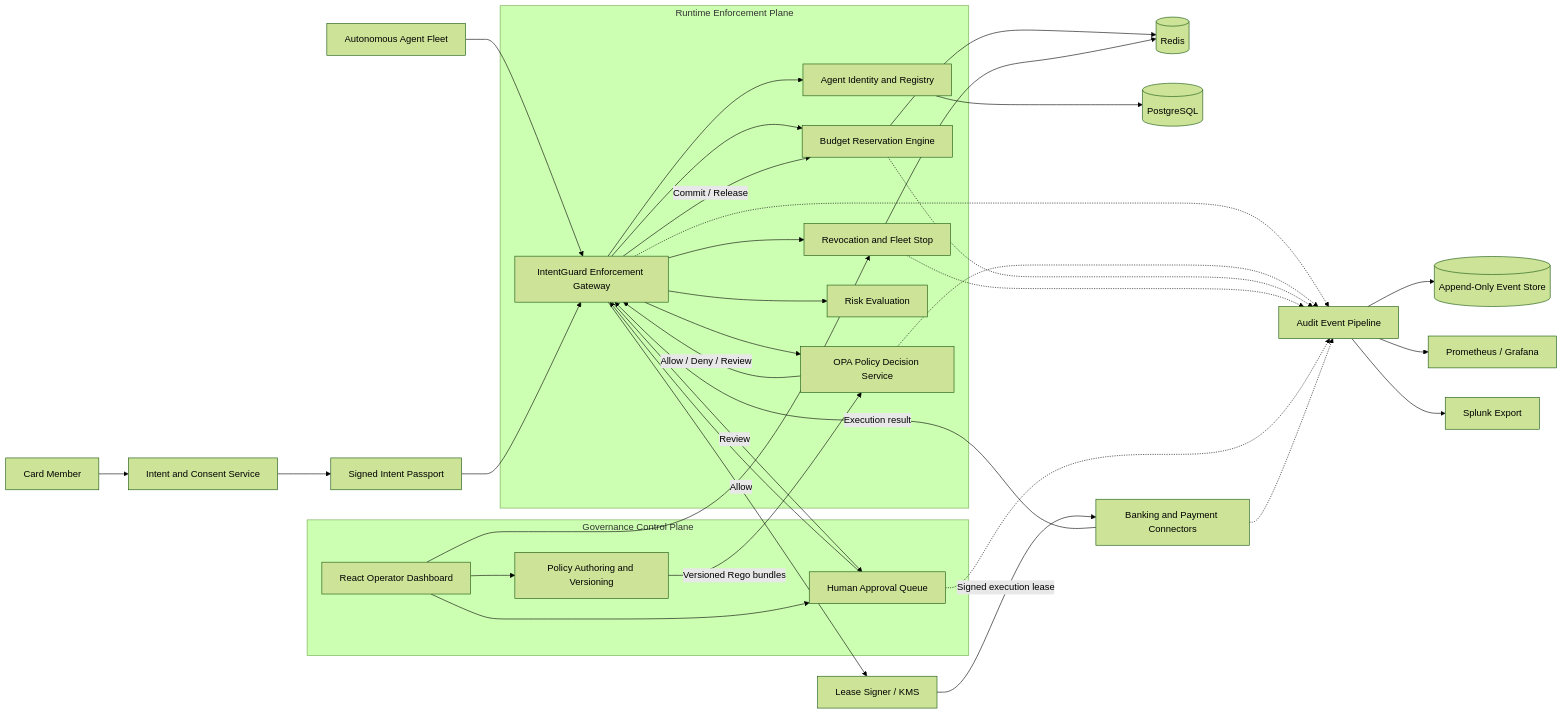
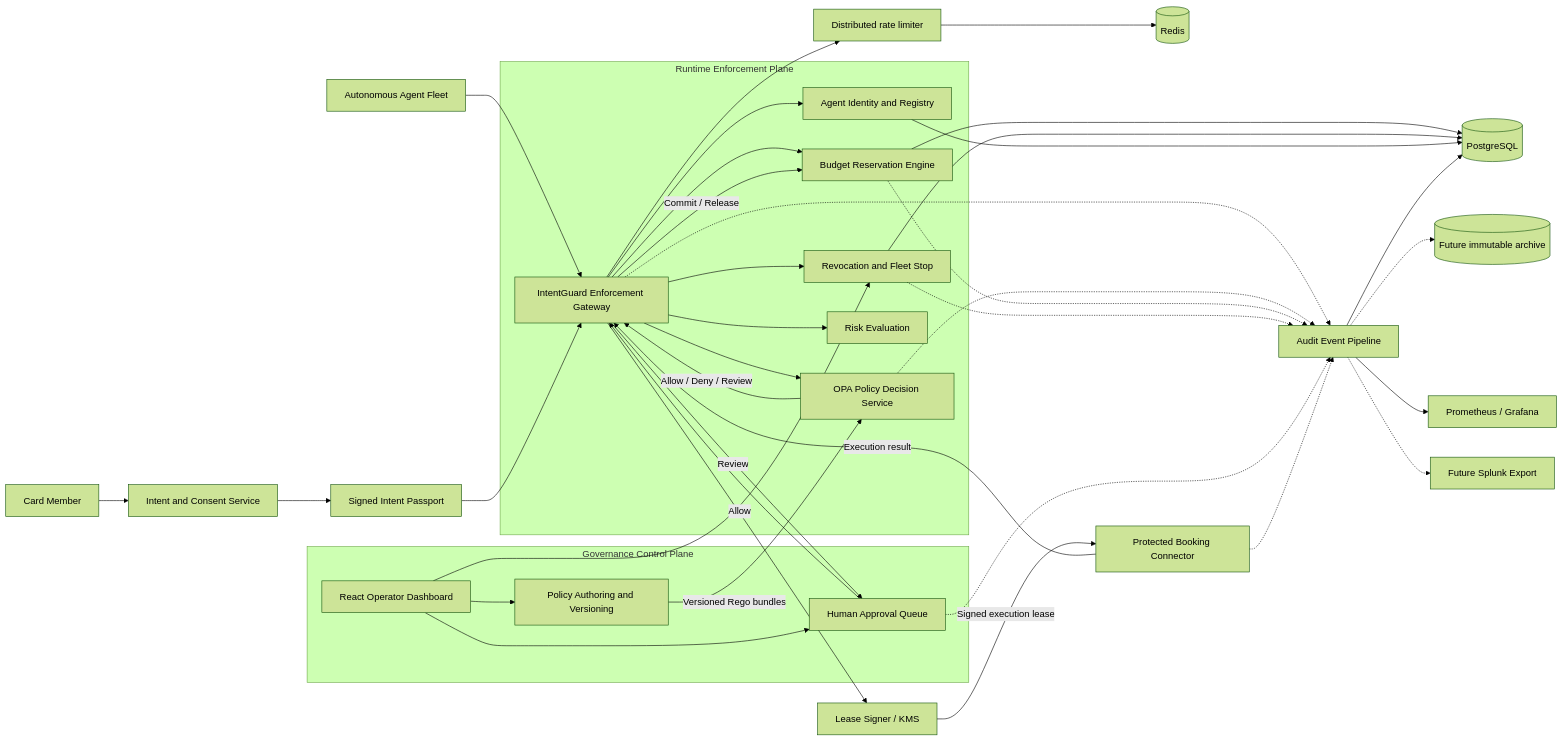
Before and after one commit to RatnamOjha/IntentGuard: the first of 2 diagrams in docs/architecture.md, drawn with Mermaid (forest theme). The commit also changed other lines of this file and 101 other files, not shown here.

````diff
--- a/docs/architecture.md
+++ b/docs/architecture.md
@@ -15,46 +18,49 @@
 ```mermaid
 flowchart LR
     CM["Card Member"] --> IS["Intent and Consent Service"]
     IS --> IP["Signed Intent Passport"]
 
     AA["Autonomous Agent Fleet"] --> GW["IntentGuard Enforcement Gateway"]
     IP --> GW
 
     subgraph Runtime["Runtime Enforcement Plane"]
         GW --> ID["Agent Identity and Registry"]
         GW --> PDP["OPA Policy Decision Service"]
         GW --> BR["Budget Reservation Engine"]
         GW --> RV["Revocation and Fleet Stop"]
         GW --> RA["Risk Evaluation"]
     end
 
     PDP -->|"Allow / Deny / Review"| GW
-    BR --> Redis[("Redis")]
-    RV --> Redis
-    ID --> PG[("PostgreSQL")]
+    BR --> PG[("PostgreSQL")]
+    RV --> PG
+    ID --> PG
+    GW --> RL["Distributed rate limiter"]
+    RL --> Redis[("Redis")]
 
     GW -->|"Review"| HA["Human Approval Queue"]
     HA --> GW
 
     GW -->|"Allow"| KMS["Lease Signer / KMS"]
-    KMS -->|"Signed execution lease"| API["Banking and Payment Connectors"]
+    KMS -->|"Signed execution lease"| API["Protected Booking Connector"]
     API -->|"Execution result"| GW
     GW -->|"Commit / Release"| BR
 
     subgraph Control["Governance Control Plane"]
         UI["React Operator Dashboard"] --> PC["Policy Authoring and Versioning"]
         UI --> RV
         UI --> HA
         PC -->|"Versioned Rego bundles"| PDP
     end
 
     GW -.-> AE["Audit Event Pipeline"]
     PDP -.-> AE
     BR -.-> AE
     RV -.-> AE
     HA -.-> AE
     API -.-> AE
-    AE --> ES[("Append-Only Event Store")]
+    AE --> PG
+    AE -.-> ES[("Future immutable archive")]
     AE --> OBS["Prometheus / Grafana"]
-    AE --> SPL["Splunk Export"]
+    AE -.-> SPL["Future Splunk Export"]
 ```
````
